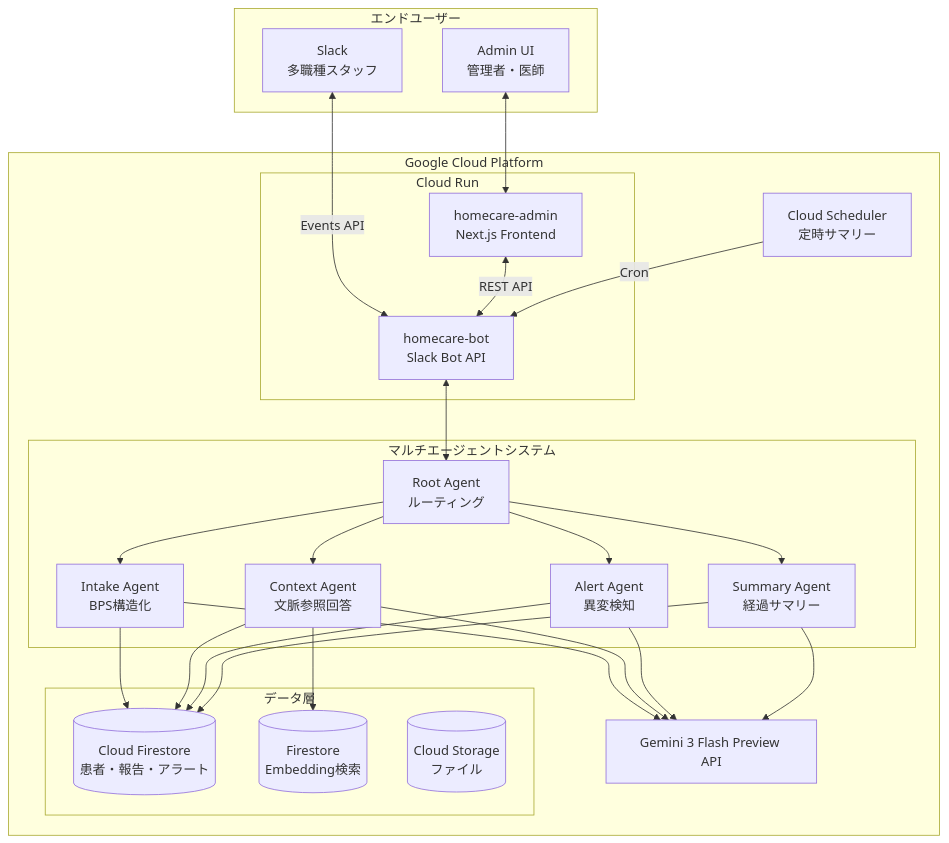
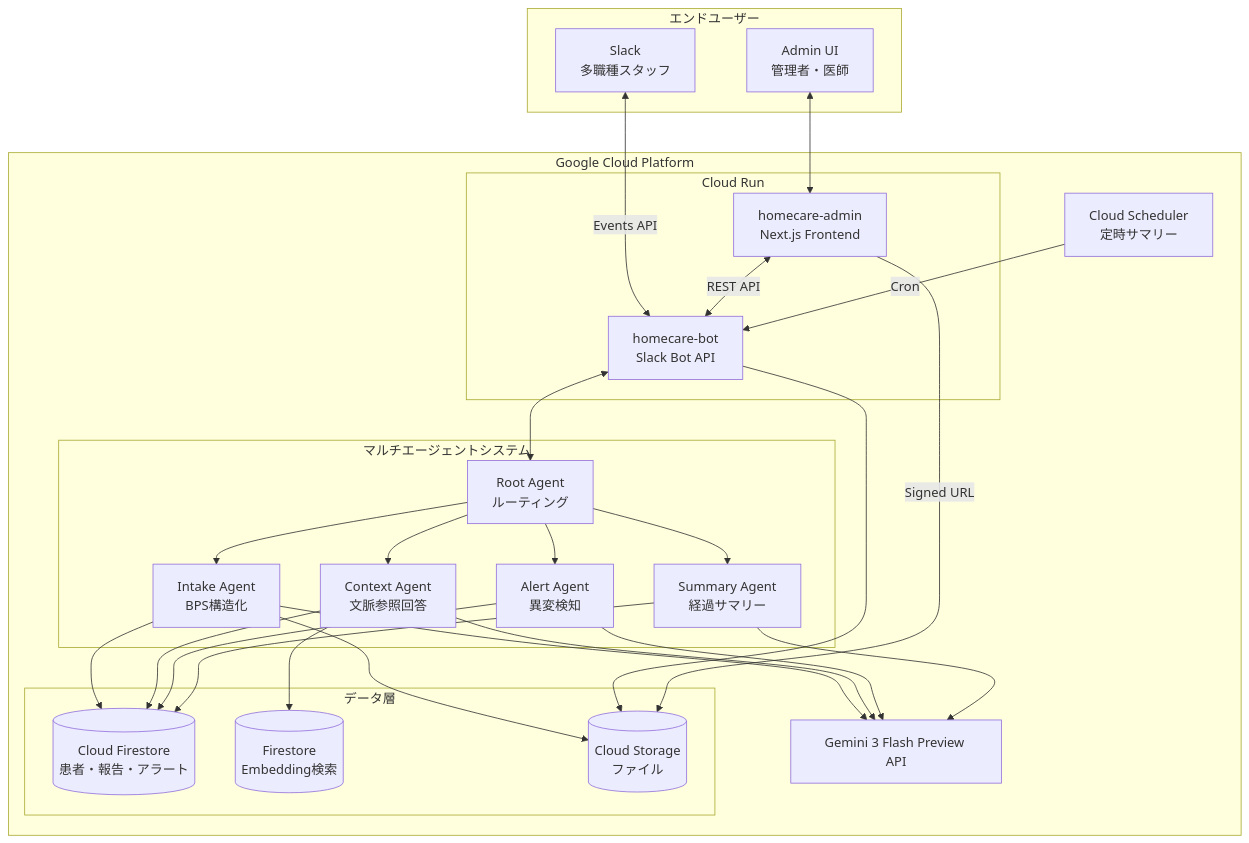
Before and after one commit to ryoryo627/hackason: the first of 2 diagrams in README.md, drawn with Mermaid. The commit also changed other lines of this file and 3 other files, not shown here.

````diff
--- a/README.md
+++ b/README.md
@@ -138,50 +138,53 @@
 ```mermaid
 graph TB
     subgraph "エンドユーザー"
         SLACK[Slack<br/>多職種スタッフ]
         ADMIN[Admin UI<br/>管理者・医師]
     end
 
     subgraph "Google Cloud Platform"
         subgraph "Cloud Run"
             BOT[homecare-bot<br/>Slack Bot API]
             WEB[homecare-admin<br/>Next.js Frontend]
         end
 
         subgraph "マルチエージェントシステム"
             ROOT[Root Agent<br/>ルーティング]
             INTAKE[Intake Agent<br/>BPS構造化]
             CONTEXT[Context Agent<br/>文脈参照回答]
             ALERT[Alert Agent<br/>異変検知]
             SUMMARY[Summary Agent<br/>経過サマリー]
         end
 
         subgraph "データ層"
             FS[(Cloud Firestore<br/>患者・報告・アラート)]
             VS[(Firestore<br/>Embedding検索)]
             GCS[(Cloud Storage<br/>ファイル)]
         end
 
         GEMINI[Gemini 3 Flash Preview API]
         SCHED[Cloud Scheduler<br/>定時サマリー]
     end
 
     SLACK <-->|Events API| BOT
     ADMIN <--> WEB
     BOT <--> ROOT
     WEB <-->|REST API| BOT
     ROOT --> INTAKE
     ROOT --> CONTEXT
     ROOT --> ALERT
     ROOT --> SUMMARY
     INTAKE --> GEMINI
     CONTEXT --> GEMINI
     ALERT --> GEMINI
     SUMMARY --> GEMINI
     INTAKE --> FS
+    INTAKE --> GCS
     CONTEXT --> FS
     CONTEXT --> VS
     ALERT --> FS
     SUMMARY --> FS
+    BOT --> GCS
+    WEB -->|Signed URL| GCS
     SCHED -->|Cron| BOT
 ```
````
